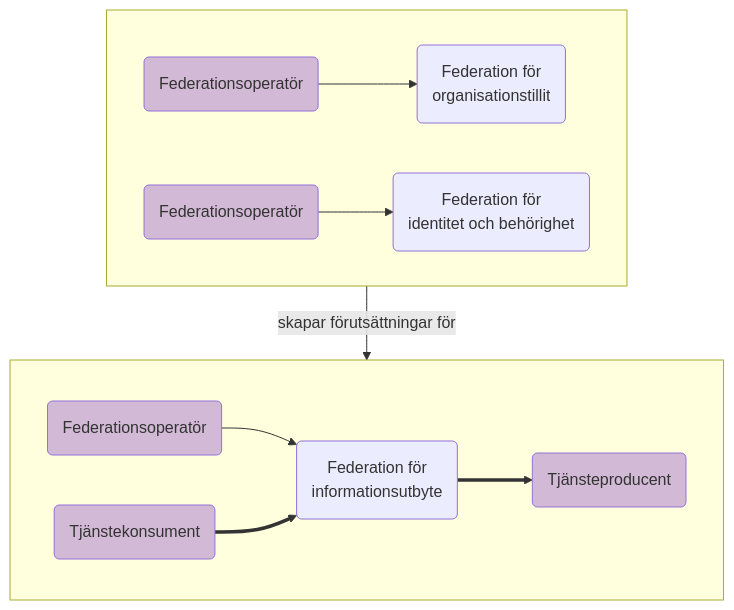
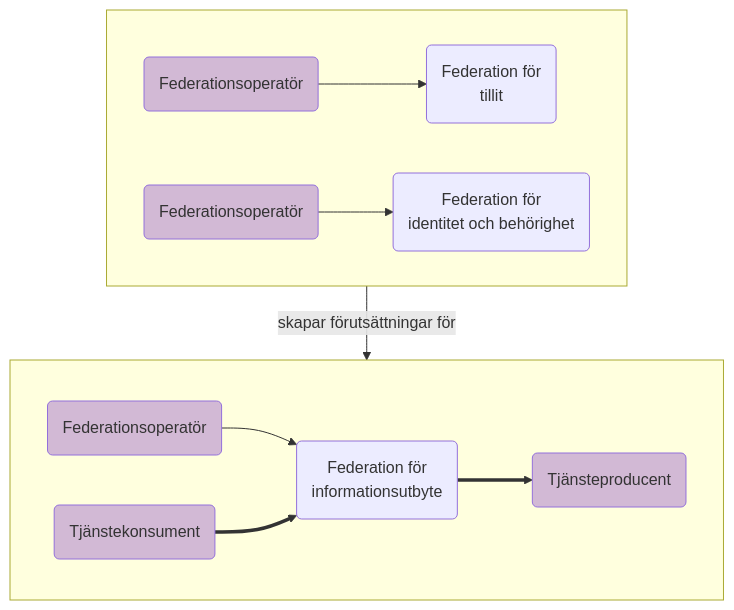
Before and after one commit to diggsweden/ena-authorization: the second of 14 diagrams in architecture/drafts/IAM_TargetArchitecture_Sweden.md, drawn with Mermaid. The commit also changed other lines of this file, not shown here.

Commit message:
Tog bort "organisationstillit" ur modellen för att undvika missförstånd

````diff
--- a/architecture/drafts/IAM_TargetArchitecture_Sweden.md
+++ b/architecture/drafts/IAM_TargetArchitecture_Sweden.md
@@ -91,22 +91,22 @@
 ```mermaid
 graph TD
 classDef org fill:#D2B9D5
 
 subgraph s[<p>]
     k(Tjänstekonsument):::org
     p(Tjänsteproducent):::org
     fio(Federationsoperatör):::org-->fi(Federation för <br>informationsutbyte)
     k==>fi==>p
 end
 
 subgraph f[<p>]
     fto(Federationsoperatör):::org
     fibo(Federationsoperatör):::org
-    fto-->ft(Federation för<br>organisationstillit)
+    fto-->ft(Federation för<br>tillit)
     fibo-->fib(Federation för <br>identitet och behörighet)
 
 end
 
 f--skapar förutsättningar för-->s
 
 ```
````
